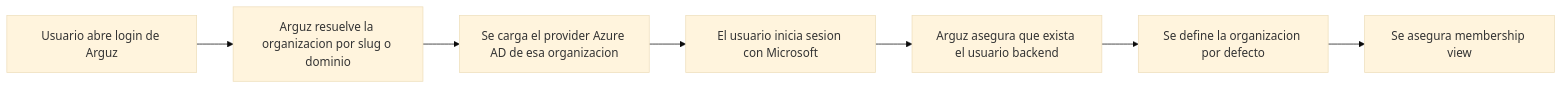
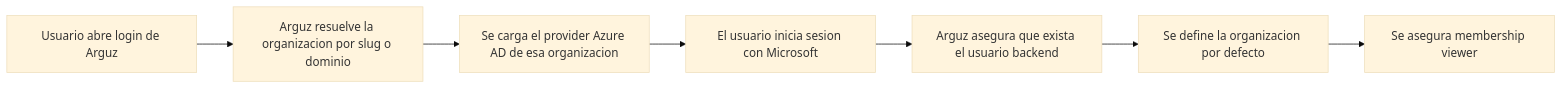
One commit to Arguz-Labs/Arguz-Docs changed the diagram in docs/es/integrations/azure-ad.md. Above: the diagram before and after it, drawn with Mermaid (base theme). The commit also changed other lines of this file and 5 other files, not shown here.

````diff
--- a/docs/es/integrations/azure-ad.md
+++ b/docs/es/integrations/azure-ad.md
@@ -45,12 +45,12 @@
 ```mermaid
 flowchart LR
     A[Usuario abre login de Arguz]
     B[Arguz resuelve la organizacion por slug o dominio]
     C[Se carga el provider Azure AD de esa organizacion]
     D[El usuario inicia sesion con Microsoft]
     E[Arguz asegura que exista el usuario backend]
     F[Se define la organizacion por defecto]
-    G[Se asegura membership view]
+    G[Se asegura membership viewer]
 
     A --> B --> C --> D --> E --> F --> G
 ```
````
